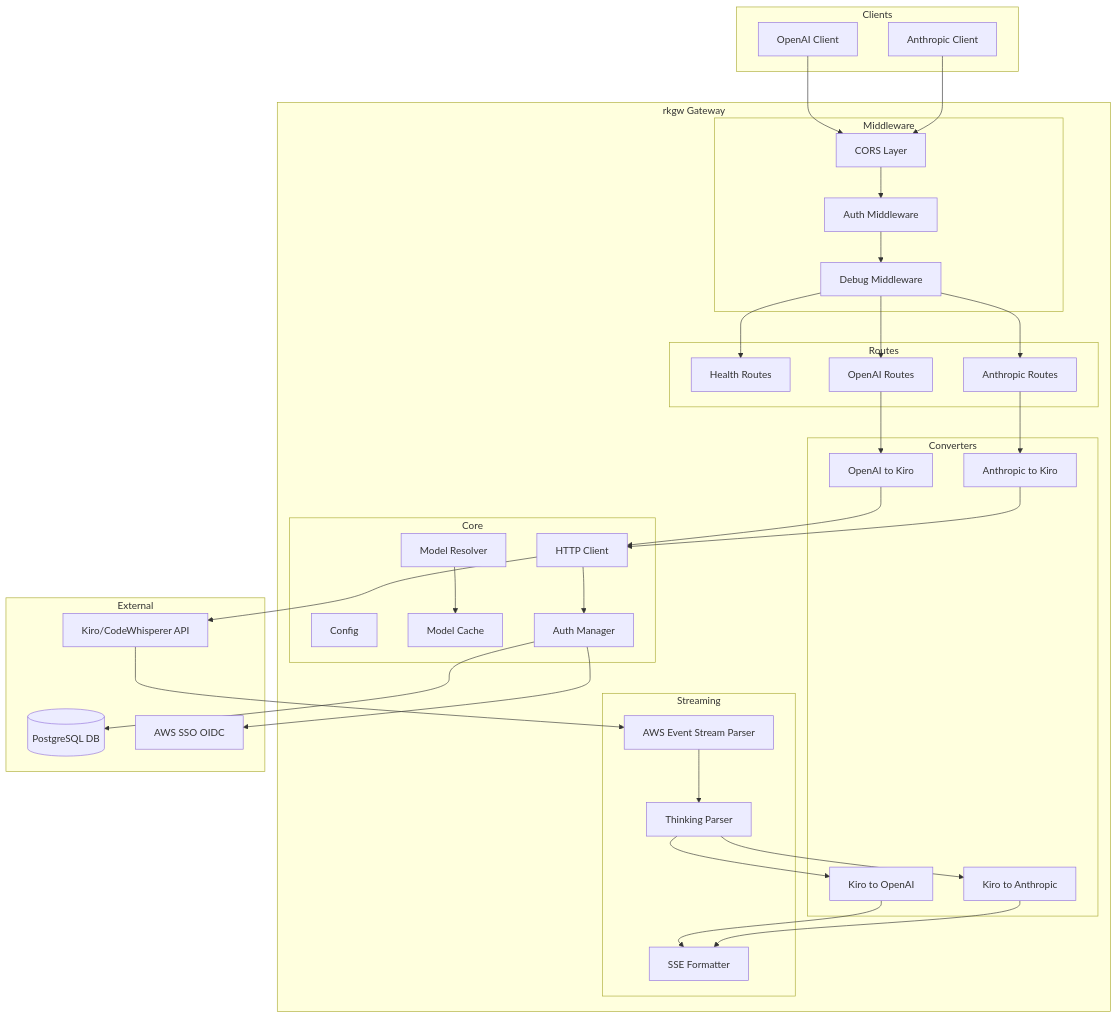
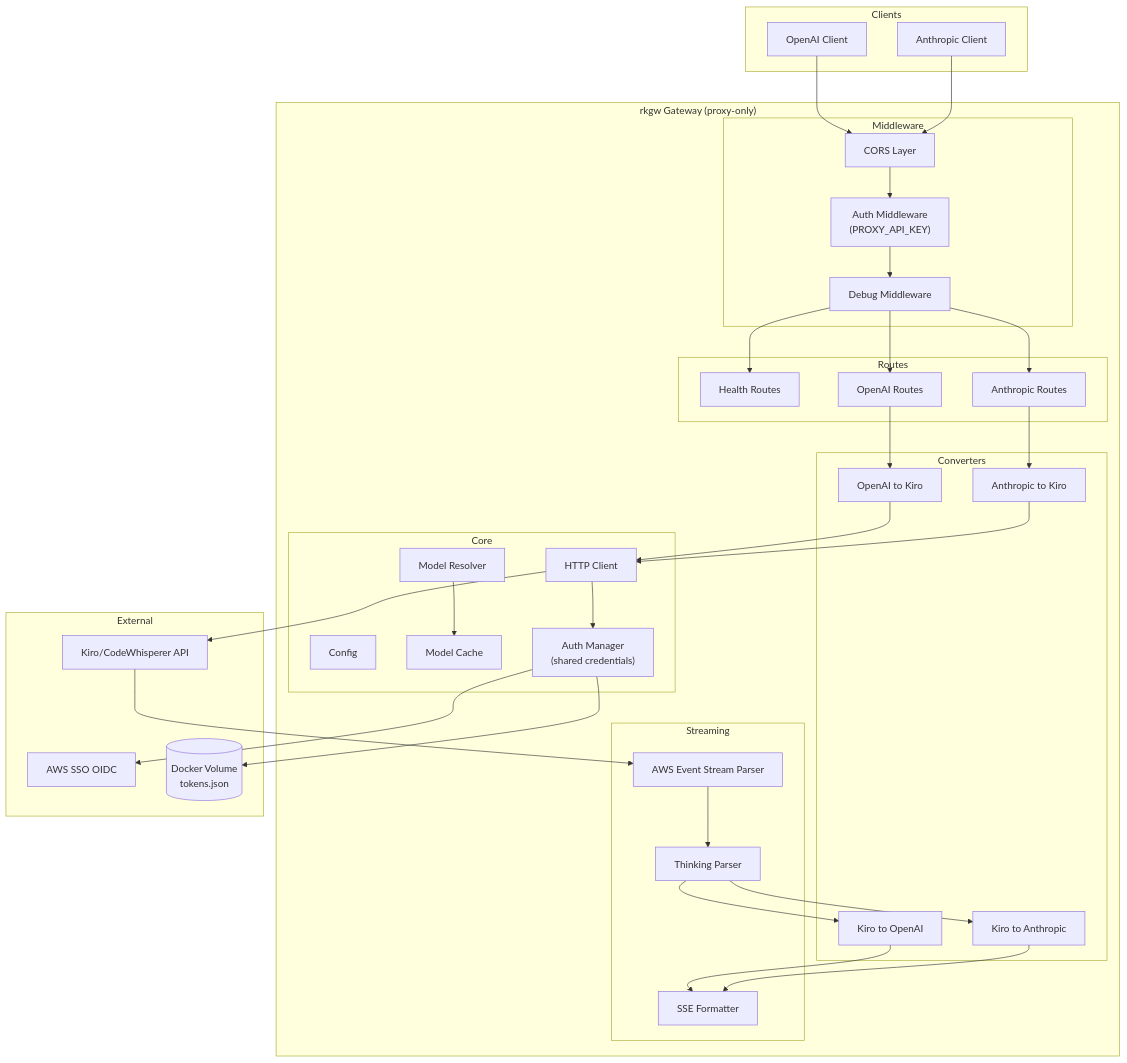
One commit to if414013/harbangan changed the third of 18 diagrams in docs/ARCHITECTURE.md. Above: the diagram before and after it, drawn with Mermaid. The commit also changed other lines of this file and 9 other files, not shown here.

First line of the commit message:
docs: update all documentation for Proxy-Only Mode deployment

````diff
--- a/docs/ARCHITECTURE.md
+++ b/docs/ARCHITECTURE.md
@@ -30,74 +197,74 @@
 ```mermaid
 flowchart TB
     subgraph Clients
         OAI[OpenAI Client]
         ANT[Anthropic Client]
     end
 
-    subgraph Gateway["rkgw Gateway"]
+    subgraph Gateway["rkgw Gateway (proxy-only)"]
         subgraph Middleware
             CORS[CORS Layer]
-            AUTH[Auth Middleware]
+            AUTH["Auth Middleware<br/>(PROXY_API_KEY)"]
             DEBUG[Debug Middleware]
         end
 
         subgraph Routes
             HEALTH[Health Routes]
             OPENAI[OpenAI Routes]
             ANTHRO[Anthropic Routes]
         end
 
         subgraph Core
             CONFIG[Config]
             CACHE[Model Cache]
             RESOLVER[Model Resolver]
-            AUTHMGR[Auth Manager]
+            AUTHMGR["Auth Manager<br/>(shared credentials)"]
             HTTP[HTTP Client]
         end
 
         subgraph Converters
             O2K[OpenAI to Kiro]
             A2K[Anthropic to Kiro]
             K2O[Kiro to OpenAI]
             K2A[Kiro to Anthropic]
         end
 
         subgraph Streaming
             PARSER[AWS Event Stream Parser]
             THINK[Thinking Parser]
             SSE[SSE Formatter]
         end
     end
 
     subgraph External
         KIRO[Kiro/CodeWhisperer API]
-        PG[(PostgreSQL DB)]
         SSOOIDC[AWS SSO OIDC]
+        VOL[("Docker Volume<br/>tokens.json")]
     end
 
     OAI --> CORS
     ANT --> CORS
     CORS --> AUTH
     AUTH --> DEBUG
     DEBUG --> OPENAI
     DEBUG --> ANTHRO
     DEBUG --> HEALTH
 
     OPENAI --> O2K
     ANTHRO --> A2K
     O2K --> HTTP
     A2K --> HTTP
     HTTP --> KIRO
 
     KIRO --> PARSER
     PARSER --> THINK
     THINK --> K2O
     THINK --> K2A
     K2O --> SSE
     K2A --> SSE
 
-    AUTHMGR --> PG
     AUTHMGR --> SSOOIDC
+    AUTHMGR --> VOL
     HTTP --> AUTHMGR
     RESOLVER --> CACHE
 ```
````
